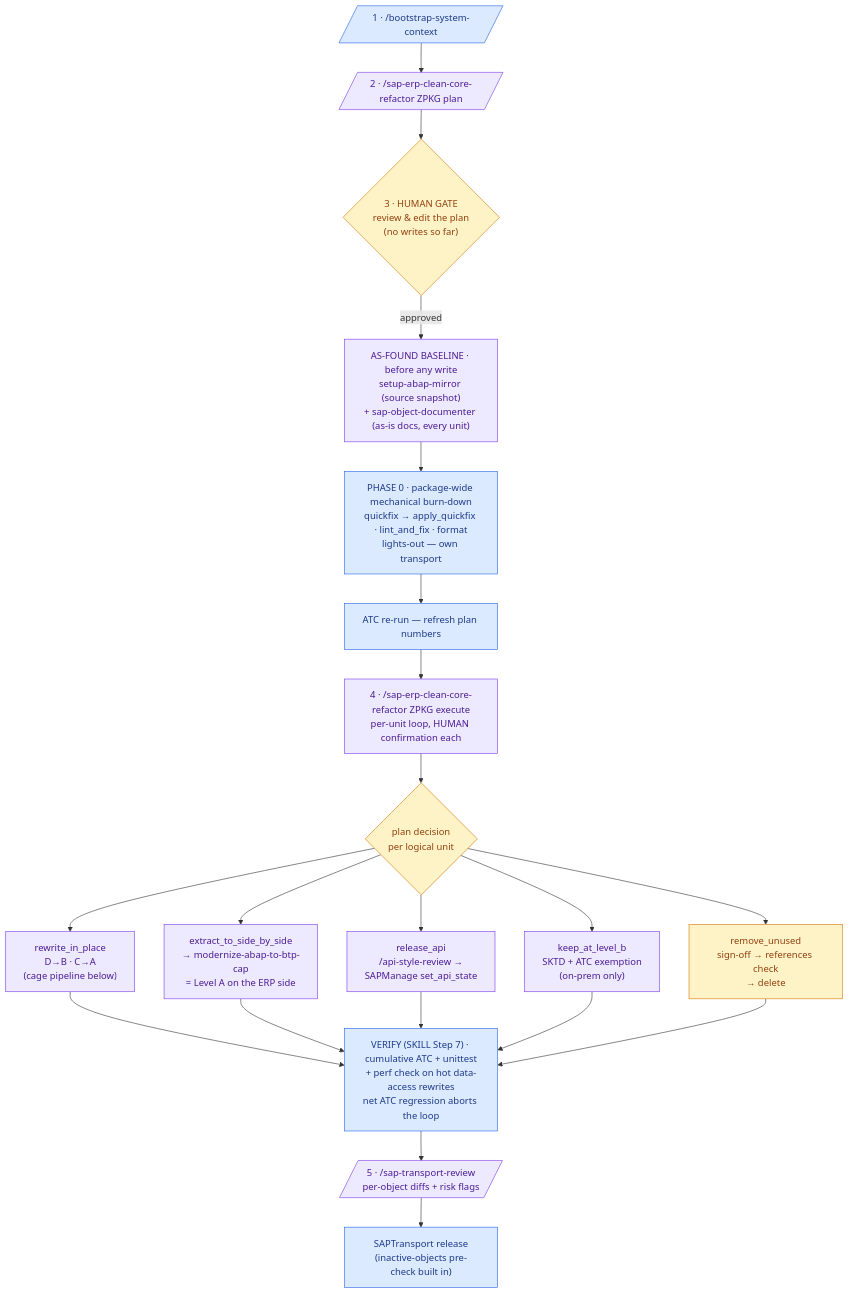
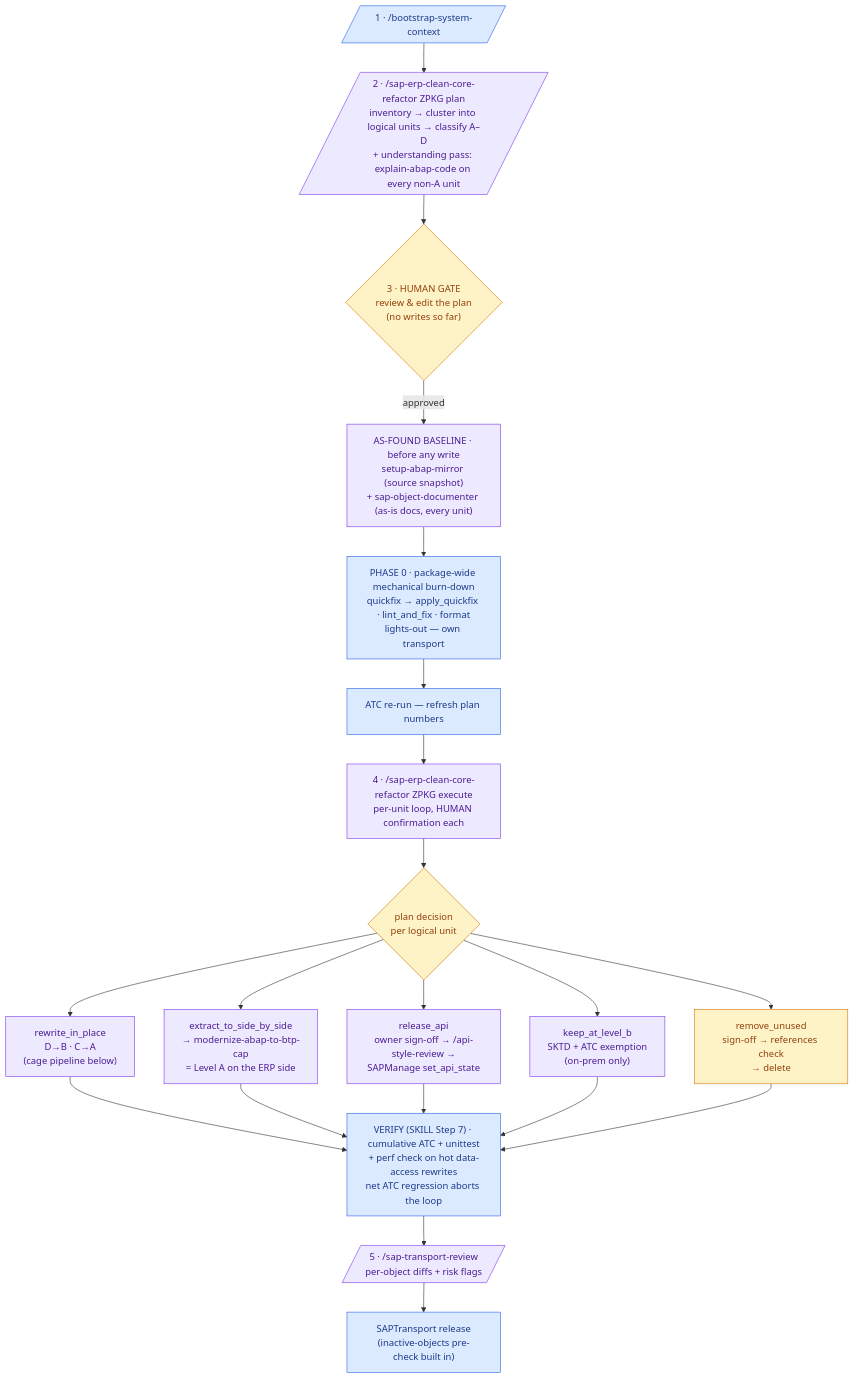
Before and after one commit to Raistlin82/arc-1-fork: the first of 2 diagrams in skills/sap-erp-clean-core-refactor/WORKFLOW.md, drawn with Mermaid.

Commit message:
docs(skills): diagram catch-up — understanding pass in the plan node, owner sign-off on release_api

````diff
--- a/skills/sap-erp-clean-core-refactor/WORKFLOW.md
+++ b/skills/sap-erp-clean-core-refactor/WORKFLOW.md
@@ -40,27 +40,27 @@
 ```mermaid
 flowchart TD
-    S1[/"1 · /bootstrap-system-context"/]:::det --> S2[/"2 · /sap-erp-clean-core-refactor ZPKG plan"/]:::gen
+    S1[/"1 · /bootstrap-system-context"/]:::det --> S2[/"2 · /sap-erp-clean-core-refactor ZPKG plan<br/>inventory → cluster into logical units → classify A–D<br/>+ understanding pass: explain-abap-code on every non-A unit"/]:::gen
     S2 --> S3{"3 · HUMAN GATE<br/>review &amp; edit the plan<br/>(no writes so far)"}:::hum
     S3 -->|approved| BL["AS-FOUND BASELINE · before any write<br/>setup-abap-mirror (source snapshot)<br/>+ sap-object-documenter (as-is docs, every unit)"]:::gen
     BL --> P0["PHASE 0 · package-wide mechanical burn-down<br/>quickfix → apply_quickfix · lint_and_fix · format<br/>lights-out — own transport"]:::det
     P0 --> P0R["ATC re-run — refresh plan numbers"]:::det
     P0R --> EX["4 · /sap-erp-clean-core-refactor ZPKG execute<br/>per-unit loop, HUMAN confirmation each"]:::gen
     EX --> DEC{"plan decision<br/>per logical unit"}:::hum
     DEC --> RW["rewrite_in_place<br/>D→B · C→A<br/>(cage pipeline below)"]:::gen
     DEC --> SBS["extract_to_side_by_side<br/>→ modernize-abap-to-btp-cap<br/>= Level A on the ERP side"]:::gen
-    DEC --> REL["release_api<br/>/api-style-review →<br/>SAPManage set_api_state"]:::gen
+    DEC --> REL["release_api<br/>owner sign-off → /api-style-review →<br/>SAPManage set_api_state"]:::gen
     DEC --> KB["keep_at_level_b<br/>SKTD + ATC exemption<br/>(on-prem only)"]:::gen
     DEC --> RM["remove_unused<br/>sign-off → references check<br/>→ delete"]:::hum
     RW --> V
     SBS --> V
     REL --> V
     KB --> V
     RM --> V
     V["VERIFY (SKILL Step 7) · cumulative ATC + unittest<br/>+ perf check on hot data-access rewrites<br/>net ATC regression aborts the loop"]:::det
     V --> TR[/"5 · /sap-transport-review<br/>per-object diffs + risk flags"/]:::gen
     TR --> DONE["SAPTransport release<br/>(inactive-objects pre-check built in)"]:::det
 
     classDef det fill:#dbeafe,stroke:#2563eb,color:#1e3a8a
     classDef gen fill:#ede9fe,stroke:#7c3aed,color:#4c1d95
     classDef hum fill:#fef3c7,stroke:#d97706,color:#92400e
 ```
````
